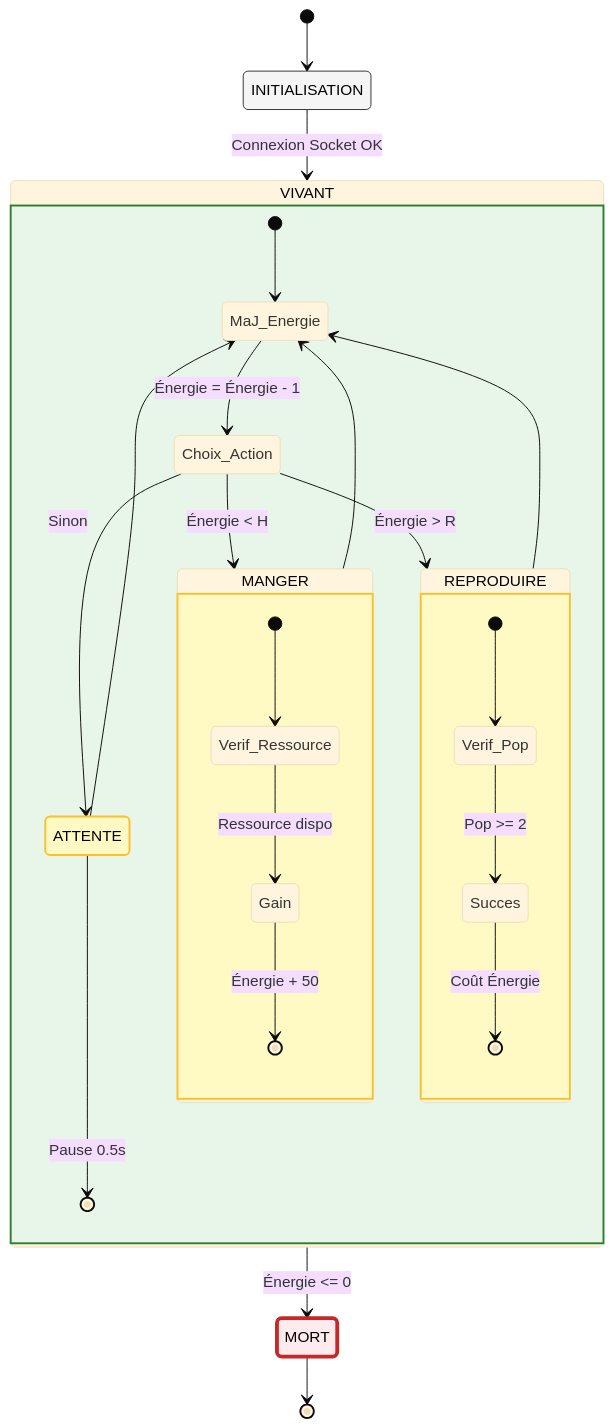
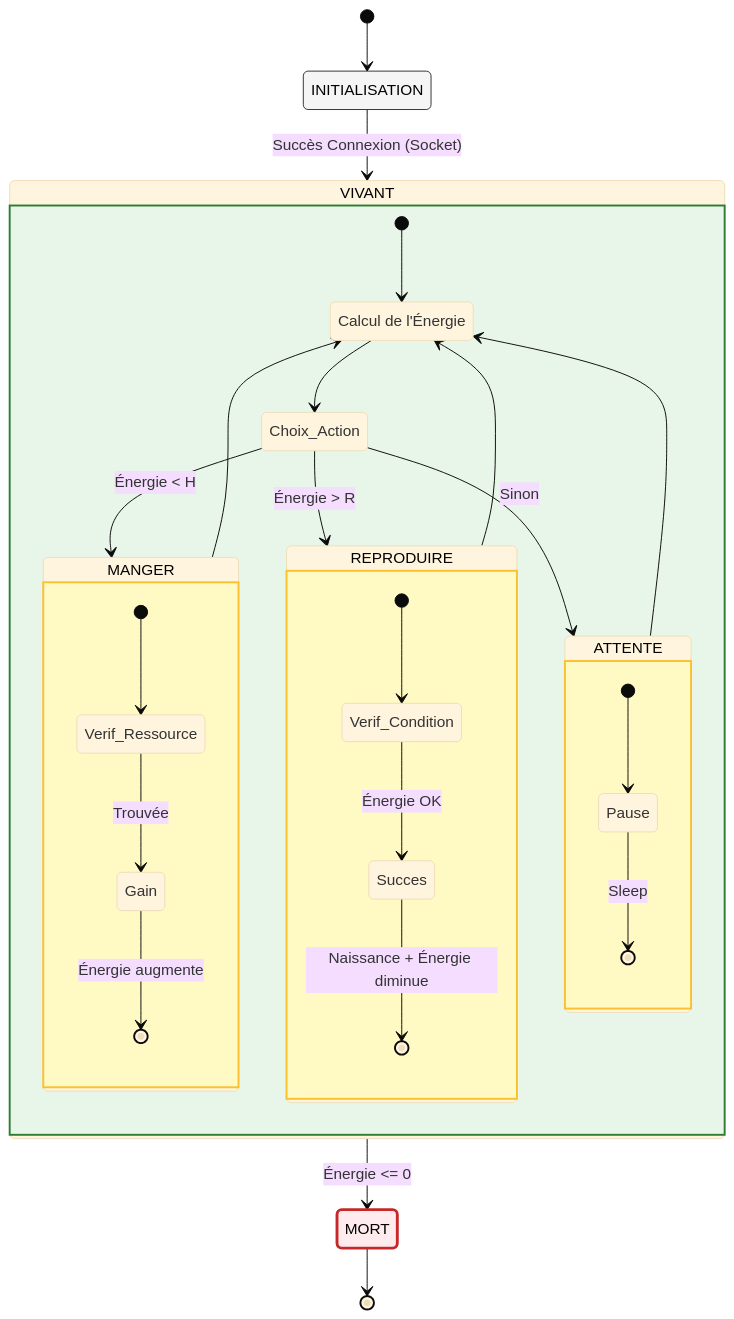
Before and after one commit to Margauxval/Projet_PPC: the diagram in machine_state_diagram.md, drawn with Mermaid (base theme).

````diff
--- a/machine_state_diagram.md
+++ b/machine_state_diagram.md
@@ -1,49 +1,59 @@
 ```mermaid
 stateDiagram-v2
     direction TB
 
+    %% --- STYLE GÉNÉRAL ---
+    classDef initial fill:#f5f5f5,stroke:#333,color:black
+    classDef vivant fill:#e8f5e9,stroke:#2e7d32,stroke-width:2px,color:black
+    classDef action fill:#fff9c4,stroke:#fbc02d,stroke-width:2px,color:black
+    classDef mort fill:#ffebee,stroke:#c62828,stroke-width:3px,color:black
+
     [*] --> INITIALISATION
-    INITIALISATION --> VIVANT : Connexion Socket OK
+    INITIALISATION --> VIVANT : Succès Connexion (Socket)
 
     state VIVANT {
         [*] --> MaJ_Energie
-        MaJ_Energie --> Choix_Action : Énergie = Énergie - 1
         
+        state "Calcul de l'Énergie" as MaJ_Energie
+        
+        MaJ_Energie --> Choix_Action
+
         state Choix_Action <<choice>>
         Choix_Action --> MANGER : Énergie < H
         Choix_Action --> REPRODUIRE : Énergie > R
         Choix_Action --> ATTENTE : Sinon
-        
+
+        %% --- SOUS-ÉTAT : MANGER ---
         state MANGER {
             [*] --> Verif_Ressource
-            Verif_Ressource --> Gain : Ressource dispo
-            Gain --> [*] : Énergie + 50
+            Verif_Ressource --> Gain : Trouvée
+            Gain --> [*] : Énergie augmente
         }
 
+        %% --- SOUS-ÉTAT : REPRODUIRE ---
         state REPRODUIRE {
-            [*] --> Verif_Pop
-            Verif_Pop --> Succes : Pop >= 2
-            Succes --> [*] : Coût Énergie
+            [*] --> Verif_Condition
+            Verif_Condition --> Succes : Énergie OK
+            Succes --> [*] : Naissance + Énergie diminue
         }
 
-        ATTENTE --> [*] : Pause 0.5s
+        %% --- SOUS-ÉTAT : ATTENTE ---
+        state ATTENTE {
+            [*] --> Pause
+            Pause --> [*] : Sleep
+        }
 
         MANGER --> MaJ_Energie
         REPRODUIRE --> MaJ_Energie
         ATTENTE --> MaJ_Energie
     }
 
     VIVANT --> MORT : Énergie <= 0
     MORT --> [*]
 
-    %% Styles et Couleurs (Texte noir, contours épais)
-    classDef initial fill:#f5f5f5,stroke:#333,color:black
-    classDef vivant fill:#e8f5e9,stroke:#2e7d32,stroke-width:2px,color:black
-    classDef action fill:#fff9c4,stroke:#fbc02d,stroke-width:2px,color:black
-    classDef mort fill:#ffebee,stroke:#c62828,stroke-width:4px,color:black
-
+    %% --- APPLICATION DES STYLES ---
     class INITIALISATION initial
     class VIVANT vivant
     class MANGER, REPRODUIRE, ATTENTE action
     class MORT mort
 ```
````
